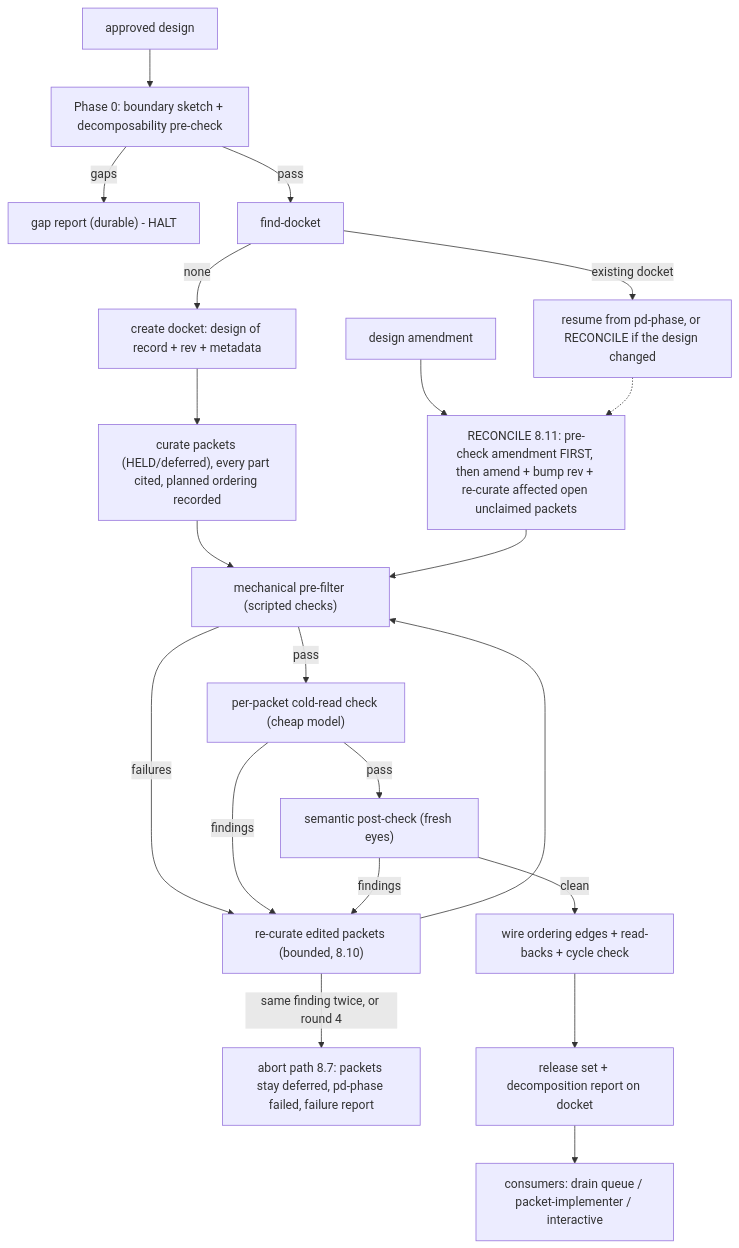
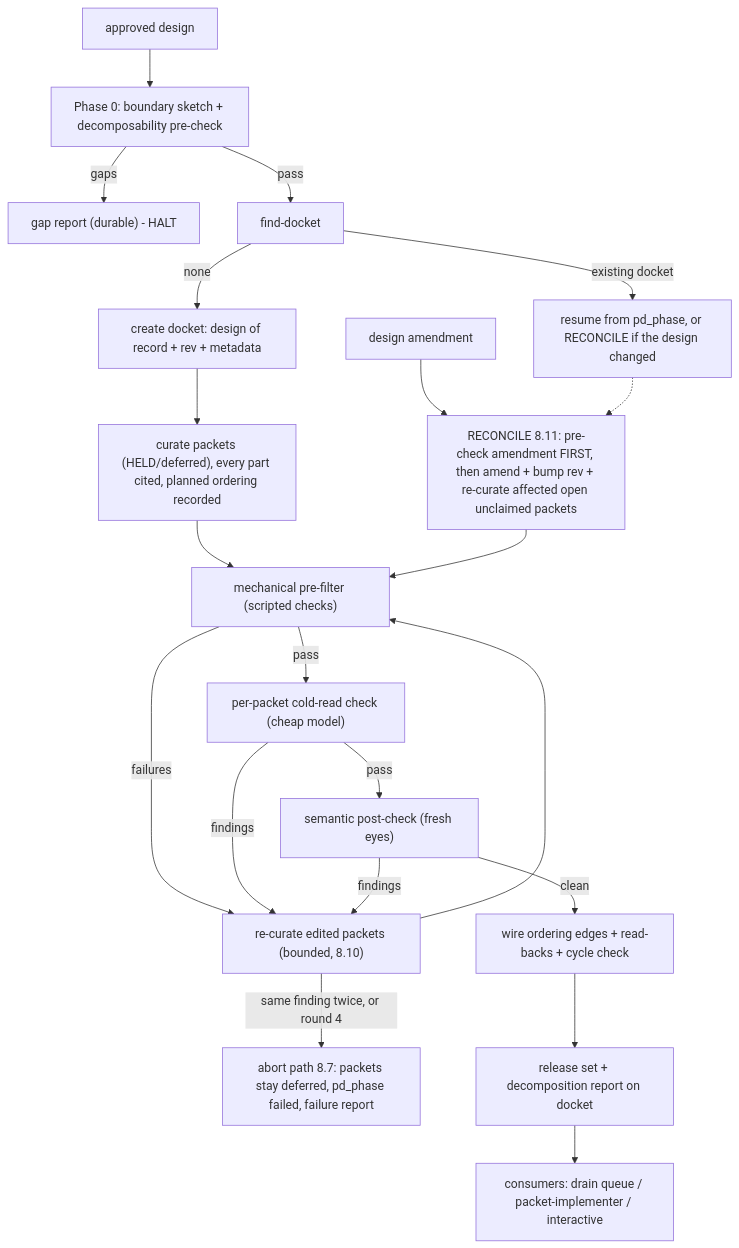
Before and after one commit to phillipgreenii/nix-agent-support: the diagram in docs/superpowers/specs/2026-08-27-plan-decompose-design.md, drawn with Mermaid. The commit also changed other lines of this file and 9 other files, not shown here.

````diff
--- a/docs/superpowers/specs/2026-08-27-plan-decompose-design.md
+++ b/docs/superpowers/specs/2026-08-27-plan-decompose-design.md
@@ -158,23 +158,23 @@
 ```mermaid
 flowchart TD
     A["approved design"] --> B["Phase 0: boundary sketch + decomposability pre-check"]
     B -->|"gaps"| G["gap report (durable) - HALT"]
     B -->|"pass"| C["find-docket"]
-    C -->|"existing docket"| R["resume from pd-phase, or RECONCILE if the design changed"]
+    C -->|"existing docket"| R["resume from pd_phase, or RECONCILE if the design changed"]
     C -->|"none"| C2["create docket: design of record + rev + metadata"]
     C2 --> D["curate packets (HELD/deferred), every part cited, planned ordering recorded"]
     D --> P["mechanical pre-filter (scripted checks)"]
     P -->|"failures"| D2["re-curate edited packets (bounded, 8.10)"]
     P -->|"pass"| E["per-packet cold-read check (cheap model)"]
     E -->|"findings"| D2
     E -->|"pass"| F["semantic post-check (fresh eyes)"]
     F -->|"findings"| D2
     D2 --> P
-    D2 -->|"same finding twice, or round 4"| X["abort path 8.7: packets stay deferred, pd-phase failed, failure report"]
+    D2 -->|"same finding twice, or round 4"| X["abort path 8.7: packets stay deferred, pd_phase failed, failure report"]
     F -->|"clean"| H["wire ordering edges + read-backs + cycle check"]
     H --> I["release set + decomposition report on docket"]
     I --> J["consumers: drain queue / packet-implementer / interactive"]
     K["design amendment"] --> L["RECONCILE 8.11: pre-check amendment FIRST, then amend + bump rev + re-curate affected open unclaimed packets"]
     R -.-> L
     L --> P
 ```
````
